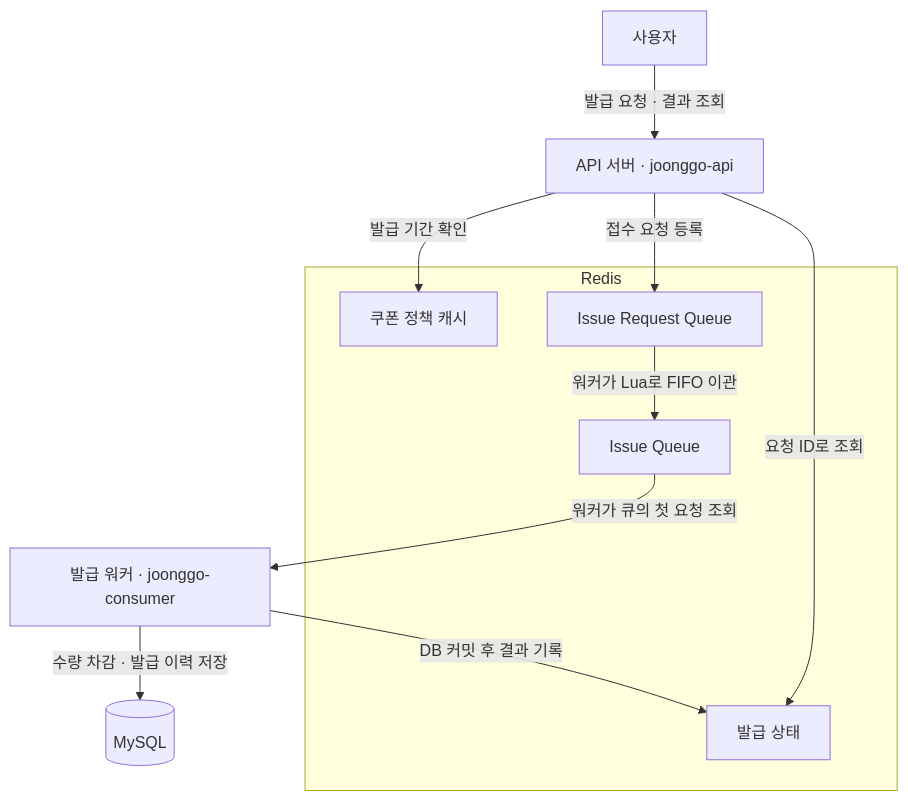
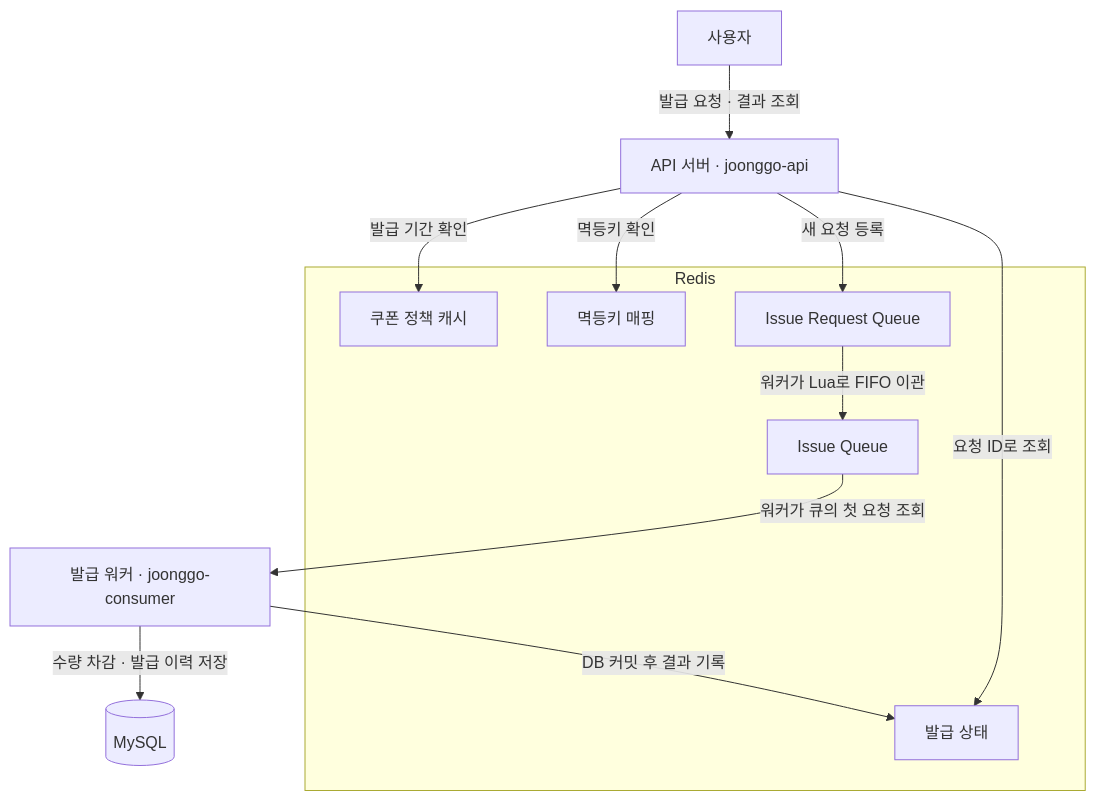
Before and after one commit to cxuxmxx/coupon-event-system: the diagram in README.md, drawn with Mermaid. The commit also changed other lines of this file and 1 other file, not shown here.

````diff
--- a/README.md
+++ b/README.md
@@ -7,23 +12,25 @@
 ```mermaid
 flowchart TB
     Client["사용자"]
     API["API 서버 · joonggo-api"]
     Worker["발급 워커 · joonggo-consumer"]
     DB[("MySQL")]
 
     subgraph Redis["Redis"]
         Policy["쿠폰 정책 캐시"]
         Requests["Issue Request Queue"]
         Issues["Issue Queue"]
         Status["발급 상태"]
+        Idempotency["멱등키 매핑"]
     end
 
     Client -->|"발급 요청 · 결과 조회"| API
     API -->|"발급 기간 확인"| Policy
-    API -->|"접수 요청 등록"| Requests
+    API -->|"멱등키 확인"| Idempotency
+    API -->|"새 요청 등록"| Requests
     Requests -->|"워커가 Lua로 FIFO 이관"| Issues
     Issues -->|"워커가 큐의 첫 요청 조회"| Worker
     Worker -->|"수량 차감 · 발급 이력 저장"| DB
     Worker -->|"DB 커밋 후 결과 기록"| Status
     API -->|"요청 ID로 조회"| Status
 ```
````
